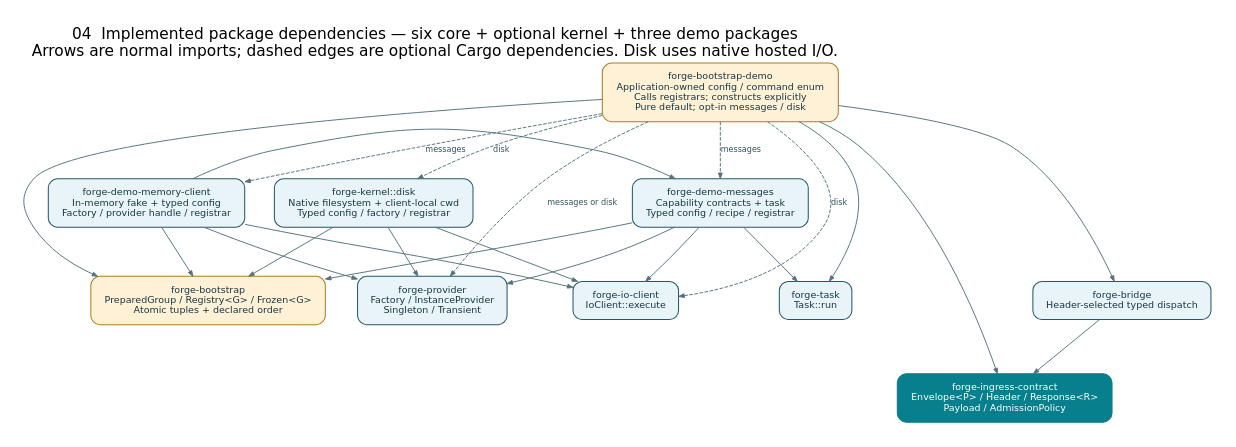
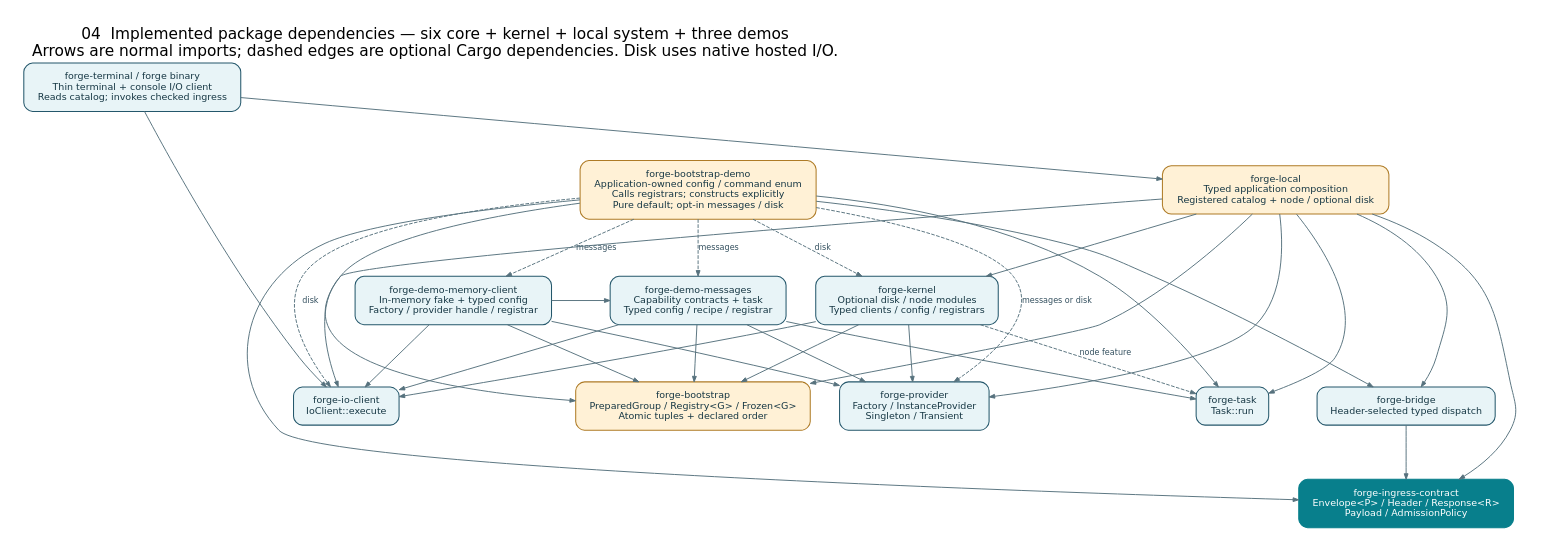
One commit to roachmaster/homelab changed the diagram in docs/architecture/diagrams/04-package-dependencies.dot. Above: the diagram before and after it, drawn with Graphviz. The commit also changed 39 other files, not shown here.

Commit message:
Assemble runnable local Forge system with node capability and thin terminal adapter

```diff
--- a/docs/architecture/diagrams/04-package-dependencies.dot
+++ b/docs/architecture/diagrams/04-package-dependencies.dot
@@ -1,26 +1,31 @@
 digraph Packages {
 graph [fontname="DejaVu Sans", fontsize=21, labelloc=t, labeljust=l, pad=0.35, nodesep=0.55, ranksep=0.9, bgcolor="white"];
 node [shape=box, style="rounded,filled", fontname="DejaVu Sans", fontsize=13, margin="0.22,0.16", color="#24576b", fillcolor="#e8f4f7", fontcolor="#163744", penwidth=1.4];
 edge [fontname="DejaVu Sans", fontsize=11, color="#56717d", fontcolor="#34505f", penwidth=1.3, arrowsize=0.75];
-rankdir=TB; label="04  Implemented package dependencies — six core + optional kernel + three demo packages\nArrows are normal imports; dashed edges are optional Cargo dependencies. Disk uses native hosted I/O.";
+rankdir=TB; label="04  Implemented package dependencies — six core + kernel + local system + three demos\nArrows are normal imports; dashed edges are optional Cargo dependencies. Disk uses native hosted I/O.";
 app [label="forge-bootstrap-demo\nApplication-owned config / command enum\nCalls registrars; constructs explicitly\nPure default; opt-in messages / disk", fillcolor="#fff1d6", color="#ae7b26"];
-kernel [label="forge-kernel::disk\nNative filesystem + client-local cwd\nTyped config / factory / registrar"];
+kernel [label="forge-kernel\nOptional disk / node modules\nTyped clients / config / registrars"];
+local [label="forge-local\nTyped application composition\nRegistered catalog + node / optional disk", fillcolor="#fff1d6", color="#ae7b26"];
+terminal [label="forge-terminal / forge binary\nThin terminal + console I/O client\nReads catalog; invokes checked ingress"];
 feature [label="forge-demo-messages\nCapability contracts + task\nTyped config / recipe / registrar"];
 impl [label="forge-demo-memory-client\nIn-memory fake + typed config\nFactory / provider handle / registrar"];
 bootstrap [label="forge-bootstrap\nPreparedGroup / Registry<G> / Frozen<G>\nAtomic tuples + declared order", fillcolor="#fff1d6", color="#ae7b26"];
 bridge [label="forge-bridge\nHeader-selected typed dispatch"];
 contract [label="forge-ingress-contract\nEnvelope<P> / Header / Response<R>\nPayload / AdmissionPolicy", fillcolor="#087f8c", color="#087f8c", fontcolor="white"];
 provider [label="forge-provider\nFactory / InstanceProvider\nSingleton / Transient"];
 task [label="forge-task\nTask::run"];
 io [label="forge-io-client\nIoClient::execute"];
 app -> {bootstrap bridge task contract};
 app -> {impl feature} [style=dashed, label="messages"];
 app -> {kernel io} [style=dashed, label="disk"];
 app -> provider [style=dashed, label="messages or disk"];
 kernel -> {bootstrap provider io};
+kernel -> task [style=dashed, label="node feature"];
+local -> {bootstrap bridge contract provider task io kernel};
+terminal -> {local io};
 feature -> {bootstrap provider task io};
 impl -> {feature bootstrap provider io};
 bridge -> contract;
 {rank=same; impl; feature; kernel;}
 {rank=same; bootstrap; provider; task; io; bridge;}
 }
```
